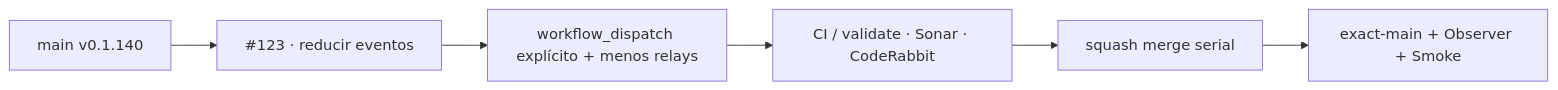
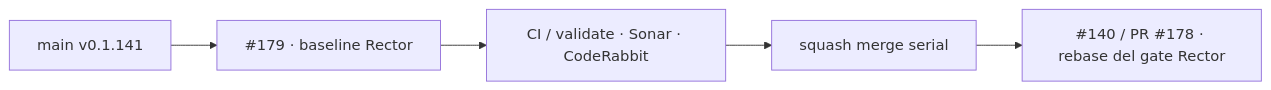
Before and after one commit to pl0n3r/GrindFlow: the diagram in README.md, drawn with Mermaid. The commit also changed other lines of this file and 56 other files, not shown here.

````diff
--- a/README.md
+++ b/README.md
@@ -45,8 +45,7 @@
 ```mermaid
 flowchart LR
-  A["main v0.1.140"] --> P["#123 · reducir eventos"]
-  P --> Q["workflow_dispatch explícito + menos relays"]
-  Q --> V["CI / validate · Sonar · CodeRabbit"]
+  A["main v0.1.141"] --> P["#179 · baseline Rector"]
+  P --> V["CI / validate · Sonar · CodeRabbit"]
   V --> M["squash merge serial"]
-  M --> X["exact-main + Observer + Smoke"]
+  M --> R["#140 / PR #178 · rebase del gate Rector"]
 ```
````
